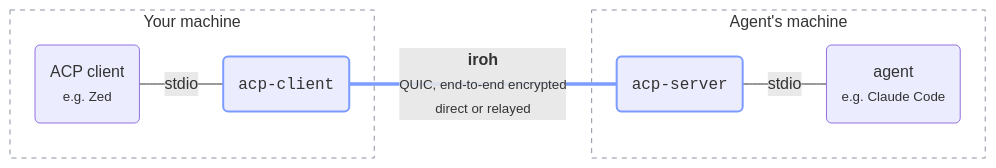
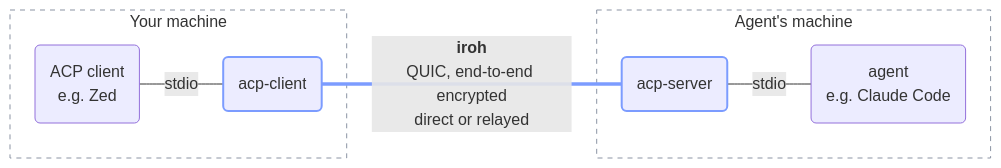
One commit to carsonfarmer/iroh-acp-go changed the diagram in README.md. Above: the diagram before and after it, drawn with Mermaid.

Commit message:
Use plain labels in the README diagram
GitHub's Mermaid renderer measures <small> text at the small size but
draws it at full size, which clipped the subtitles, and ignores <code>.

````diff
--- a/README.md
+++ b/README.md
@@ -12,16 +12,16 @@
 ```mermaid
 flowchart LR
   subgraph yours["Your machine"]
-    editor("ACP client<br/><small>e.g. Zed</small>") ---|stdio| client("<code>acp-client</code>")
+    editor("ACP client<br/>e.g. Zed") ---|stdio| client("acp-client")
   end
   subgraph theirs["Agent's machine"]
-    server("<code>acp-server</code>") ---|stdio| agent("agent<br/><small>e.g. Claude Code</small>")
+    server("acp-server") ---|stdio| agent("agent<br/>e.g. Claude Code")
   end
-  client ===|"<b>iroh</b><br/><small>QUIC, end-to-end encrypted<br/>direct or relayed</small>"| server
+  client ===|"<b>iroh</b><br/>QUIC, end-to-end encrypted<br/>direct or relayed"| server
 
   classDef ours stroke:#7c9cff,stroke-width:2px
   class client,server ours
   linkStyle 2 stroke:#7c9cff
   style yours fill:none,stroke:#8b93a3,stroke-dasharray:5 5
   style theirs fill:none,stroke:#8b93a3,stroke-dasharray:5 5
 ```
````
